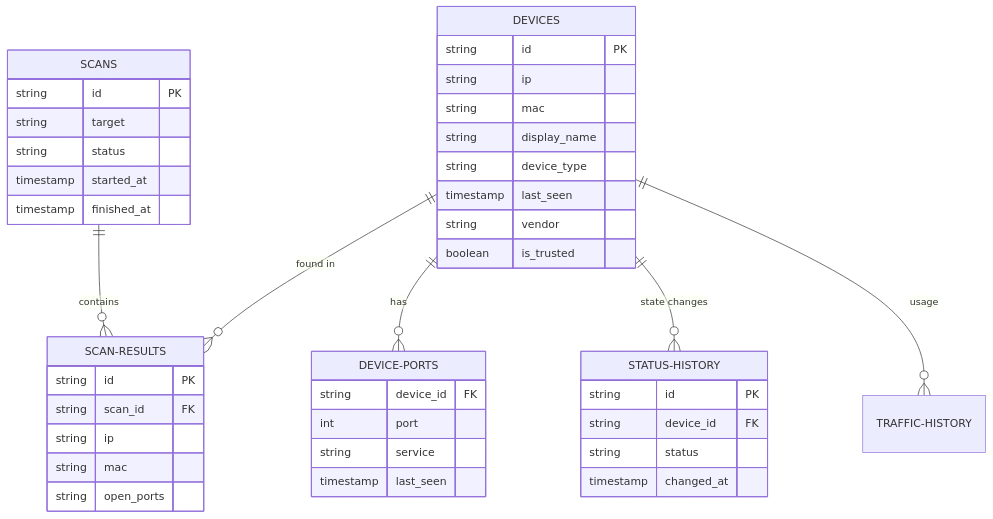
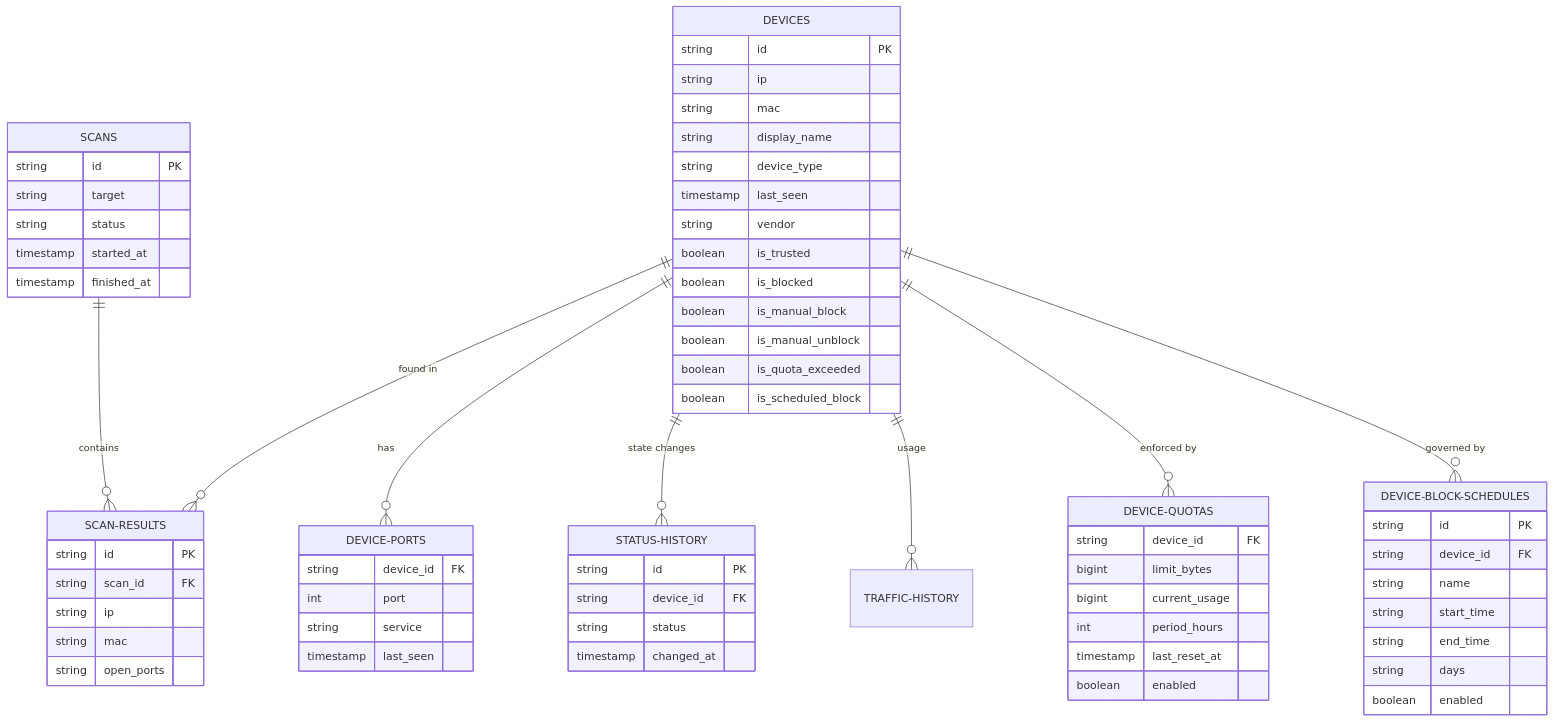
One commit to IPLoom/iploom.github.io changed the diagram in docs/database_schema.md. Above: the diagram before and after it, drawn with Mermaid. The commit also changed other lines of this file and 4 other files, not shown here.

````diff
--- a/docs/database_schema.md
+++ b/docs/database_schema.md
@@ -7,50 +7,76 @@
 ```mermaid
 erDiagram
     DEVICES ||--o{ SCAN-RESULTS : "found in"
     DEVICES ||--o{ DEVICE-PORTS : "has"
     DEVICES ||--o{ STATUS-HISTORY : "state changes"
     DEVICES ||--o{ TRAFFIC-HISTORY : "usage"
+    DEVICES ||--o{ DEVICE-QUOTAS : "enforced by"
+    DEVICES ||--o{ DEVICE-BLOCK-SCHEDULES : "governed by"
     
     SCANS ||--o{ SCAN-RESULTS : "contains"
     
     DEVICES {
         string id PK
         string ip
         string mac
         string display_name
         string device_type
         timestamp last_seen
         string vendor
         boolean is_trusted
+        boolean is_blocked
+        boolean is_manual_block
+        boolean is_manual_unblock
+        boolean is_quota_exceeded
+        boolean is_scheduled_block
     }
     
+    DEVICE-QUOTAS {
+        string device_id FK
+        bigint limit_bytes
+        bigint current_usage
+        int period_hours
+        timestamp last_reset_at
+        boolean enabled
+    }
+
+    DEVICE-BLOCK-SCHEDULES {
+        string id PK
+        string device_id FK
+        string name
+        string start_time
+        string end_time
+        string days
+        boolean enabled
+    }
+
     SCANS {
         string id PK
         string target
         string status
         timestamp started_at
         timestamp finished_at
     }
     
     SCAN-RESULTS {
         string id PK
         string scan_id FK
         string ip
         string mac
         string open_ports
     }
     
     DEVICE-PORTS {
         string device_id FK
         int port
         string service
         timestamp last_seen
     }
     
     STATUS-HISTORY {
         string id PK
         string device_id FK
         string status
         timestamp changed_at
     }
 ```
````
